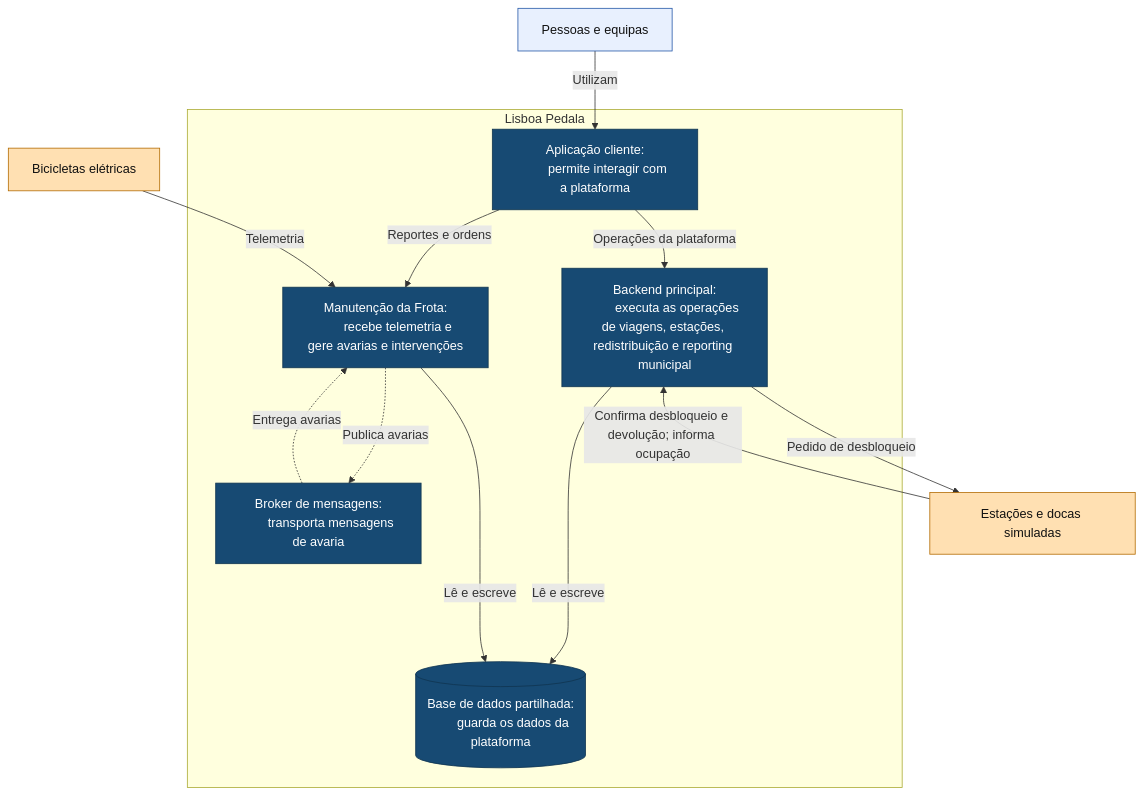
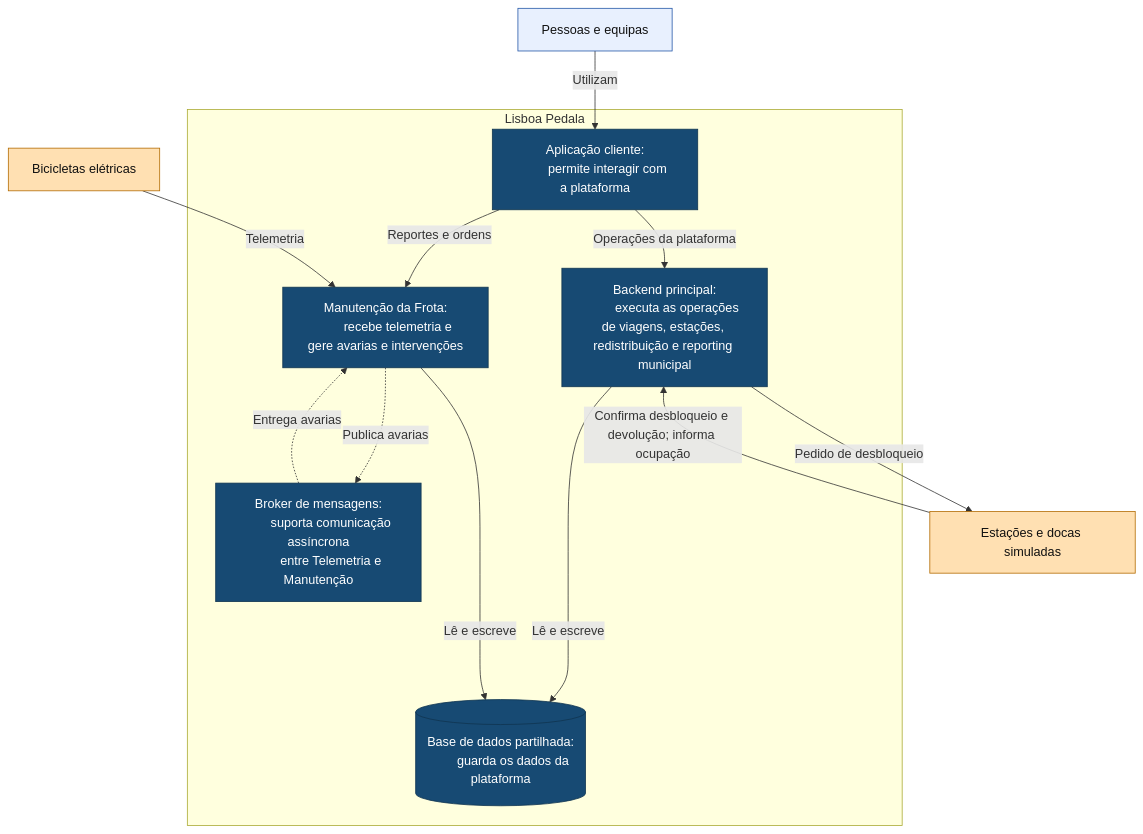
Before and after one commit to matilde-quiterio/lisboa-pedala: the diagram in docs/diagrams/02-contentores.md, drawn with Mermaid. The commit also changed 2 other files, not shown here.

Commit message:
docs: adicionar diagramas C4 nivel 3

````diff
--- a/docs/diagrams/02-contentores.md
+++ b/docs/diagrams/02-contentores.md
@@ -5,45 +5,46 @@
 ```mermaid
 flowchart TB
     P["Pessoas e equipas"]
     D["Estações e docas simuladas"]
     B["Bicicletas elétricas"]
 
     subgraph LP["Lisboa Pedala"]
         A["Aplicação cliente:
         permite interagir com a plataforma"]
 
         BE["Backend principal:
         executa as operações de viagens, estações, redistribuição e reporting municipal"]
 
         MF["Manutenção da Frota:
         recebe telemetria e gere avarias e intervenções"]
 
         DB[("Base de dados partilhada:
         guarda os dados da plataforma")]
 
         Q["Broker de mensagens:
-        transporta mensagens de avaria"]
+        suporta comunicação assíncrona
+        entre Telemetria e Manutenção"]
 
         A -->|Operações da plataforma| BE
         A -->|Reportes e ordens| MF
 
         BE ---->|Lê e escreve| DB
         MF ---->|Lê e escreve| DB
 
         MF -.->|Publica avarias| Q
         Q -.->|Entrega avarias| MF
     end
 
     P -->|Utilizam| A
     BE -->|Pedido de desbloqueio| D
     D -->|Confirma desbloqueio e devolução; informa ocupação| BE
     B -->|Telemetria| MF
 
     classDef pessoa fill:#e8f0fe,stroke:#2457a7,color:#111;
     classDef interno fill:#174a73,stroke:#103550,color:#fff;
     classDef equipamento fill:#ffe0b2,stroke:#b36b00,color:#111;
 
     class P pessoa;
     class A,BE,MF,DB,Q interno;
     class D,B equipamento;
 ```
````
